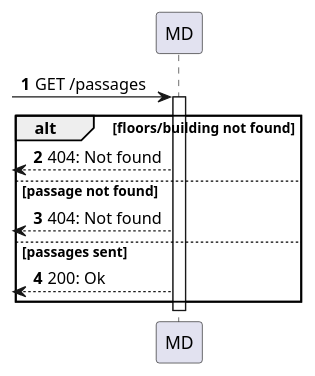
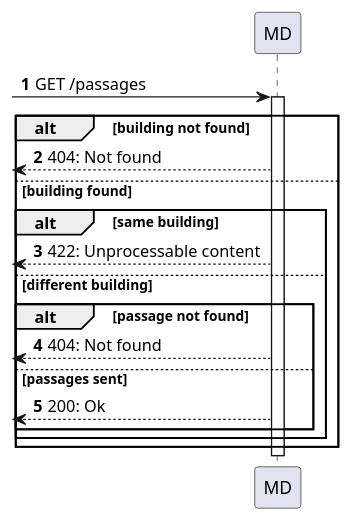
Before and after one commit to Departamento-de-Engenharia-Informatica/lapr5-23-24-g19: the diagram in docs/us260/level2/process-view.puml, drawn with PlantUML. The commit also changed 10 other files, not shown here.

```diff
--- a/docs/us260/level2/process-view.puml
+++ b/docs/us260/level2/process-view.puml
@@ -1,18 +1,24 @@
 @startuml
 autonumber
 
 participant "MD" as mdr
 
 [-> mdr : GET /passages
 
 activate mdr
-    alt floors/building not found
+    alt building not found
         [<-- mdr : 404: Not found
-    else passage not found
-        [<-- mdr : 404: Not found
-    else passages sent
-        [<-- mdr : 200: Ok
+    else building found
+       alt same building
+        [<-- mdr : 422: Unprocessable content
+        else different building
+            alt  passage not found
+                [<-- mdr : 404: Not found
+            else passages sent
+                [<-- mdr : 200: Ok
+        end
+        end
     end
 deactivate mdr
 
 @enduml
```
